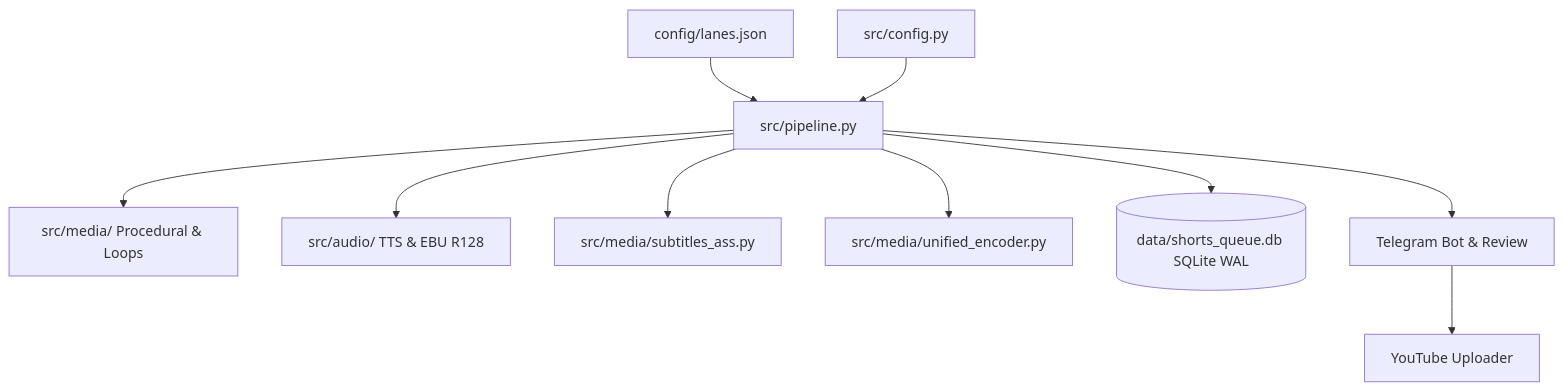
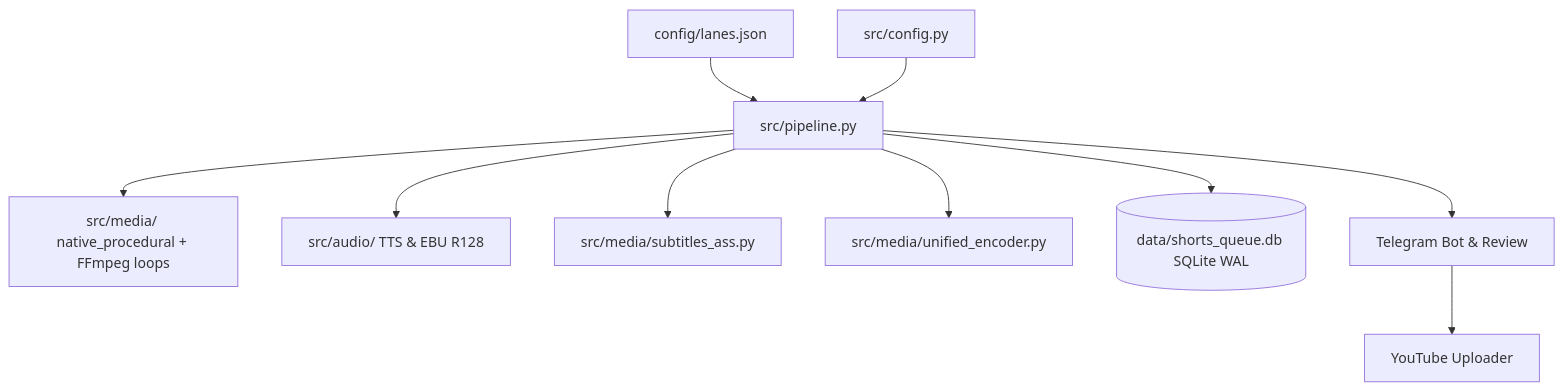
One commit to soyaelithia-ui/yt-auto changed the diagram in docs/ARQUITECTURA.md. Above: the diagram before and after it, drawn with Mermaid. The commit also changed other lines of this file and 1 other file, not shown here.

First line of the commit message:
docs: align README/ARQUITECTURA with native wgpu + FFmpeg SSOT

````diff
--- a/docs/ARQUITECTURA.md
+++ b/docs/ARQUITECTURA.md
@@ -12,12 +12,12 @@
 ```mermaid
 graph TD
     Lanes[config/lanes.json] --> Pipe[src/pipeline.py]
     Config[src/config.py] --> Pipe
-    Pipe --> Media[src/media/ Procedural & Loops]
+    Pipe --> Media[src/media/ native_procedural + FFmpeg loops]
     Pipe --> Audio[src/audio/ TTS & EBU R128]
     Pipe --> Subs[src/media/subtitles_ass.py]
     Pipe --> Encoder[src/media/unified_encoder.py]
     Pipe --> DB[(data/shorts_queue.db SQLite WAL)]
     Pipe --> Review[Telegram Bot & Review]
     Review --> YouTube[YouTube Uploader]
 ```
````
